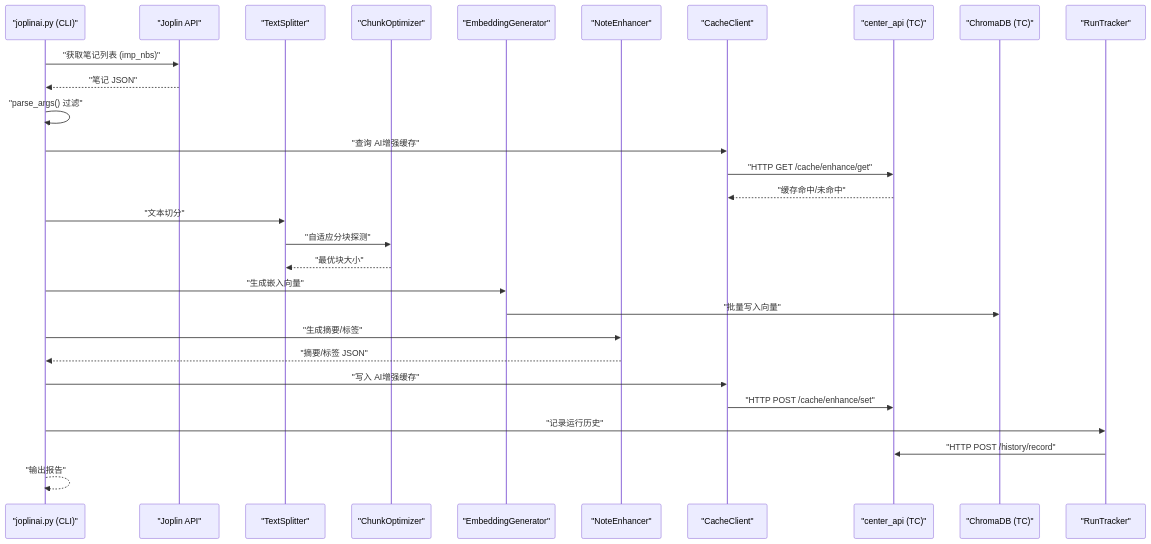
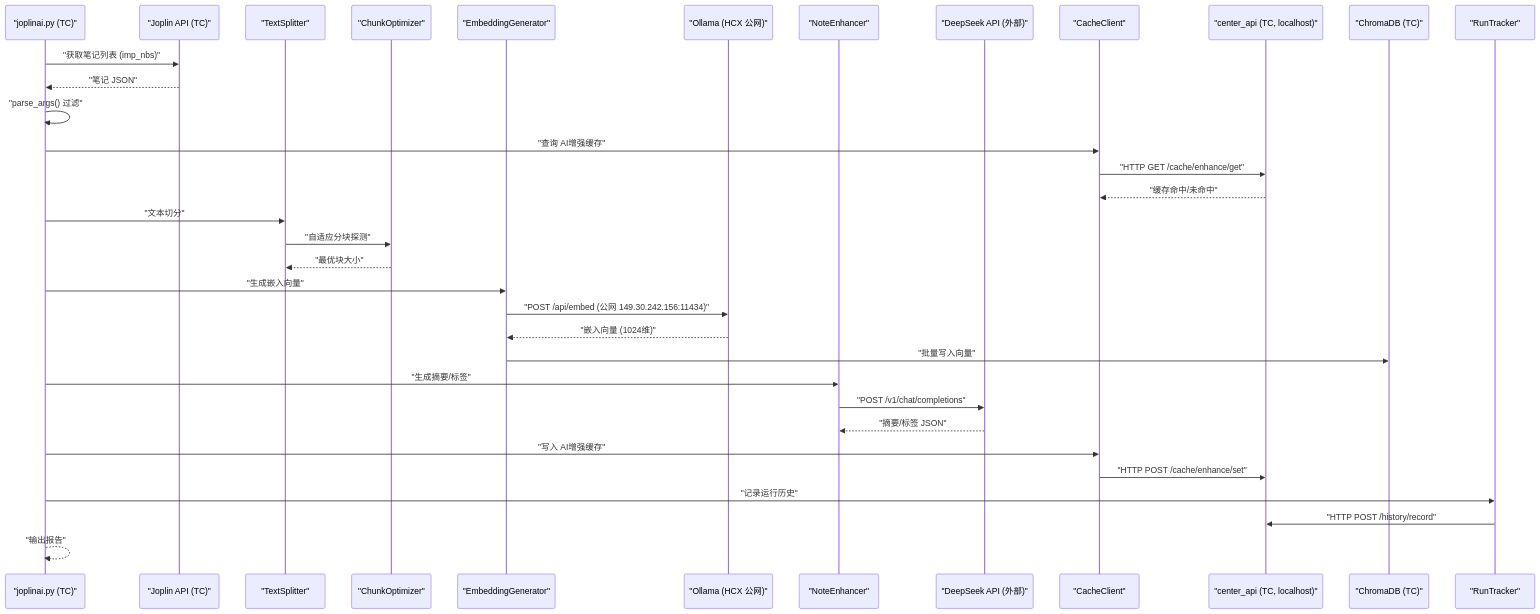
The fourth of 10 diagrams in docs/TECHNICAL_MANUAL.md (heart5/joplinai), drawn with Mermaid before and after one commit. The commit also changed other lines of this file and 3 other files, not shown here.

First line of the commit message:
docs: 四份文档全量更新至当前架构 — 分布式向量化/ChromaDB/ER图

````diff
--- a/docs/TECHNICAL_MANUAL.md
+++ b/docs/TECHNICAL_MANUAL.md
@@ -210,32 +213,37 @@
 ```mermaid
 sequenceDiagram
-    participant CLI as "joplinai.py (CLI)"
-    participant JP as "Joplin API"
+    participant CLI as "joplinai.py (TC)"
+    participant JP as "Joplin API (TC)"
     participant TS as "TextSplitter"
     participant CO as "ChunkOptimizer"
     participant EG as "EmbeddingGenerator"
+    participant OLLAMA as "Ollama (HCX 公网)"
     participant DS as "NoteEnhancer"
+    participant DEEPSEEK as "DeepSeek API (外部)"
     participant CC as "CacheClient"
-    participant CA as "center_api (TC)"
+    participant CA as "center_api (TC, localhost)"
     participant VDB as "ChromaDB (TC)"
     participant RT as "RunTracker"
 
     CLI->>JP: "获取笔记列表 (imp_nbs)"
     JP-->>CLI: "笔记 JSON"
     CLI->>CLI: "parse_args() 过滤"
     CLI->>CC: "查询 AI增强缓存"
     CC->>CA: "HTTP GET /cache/enhance/get"
     CA-->>CC: "缓存命中/未命中"
     CLI->>TS: "文本切分"
     TS->>CO: "自适应分块探测"
     CO-->>TS: "最优块大小"
     CLI->>EG: "生成嵌入向量"
+    EG->>OLLAMA: "POST /api/embed (公网 149.30.242.156:11434)"
+    OLLAMA-->>EG: "嵌入向量 (1024维)"
     EG->>VDB: "批量写入向量"
     CLI->>DS: "生成摘要/标签"
-    DS-->>CLI: "摘要/标签 JSON"
+    DS->>DEEPSEEK: "POST /v1/chat/completions"
+    DEEPSEEK-->>DS: "摘要/标签 JSON"
     CLI->>CC: "写入 AI增强缓存"
     CC->>CA: "HTTP POST /cache/enhance/set"
     CLI->>RT: "记录运行历史"
     RT->>CA: "HTTP POST /history/record"
     CLI-->>CLI: "输出报告"
 ```
````
